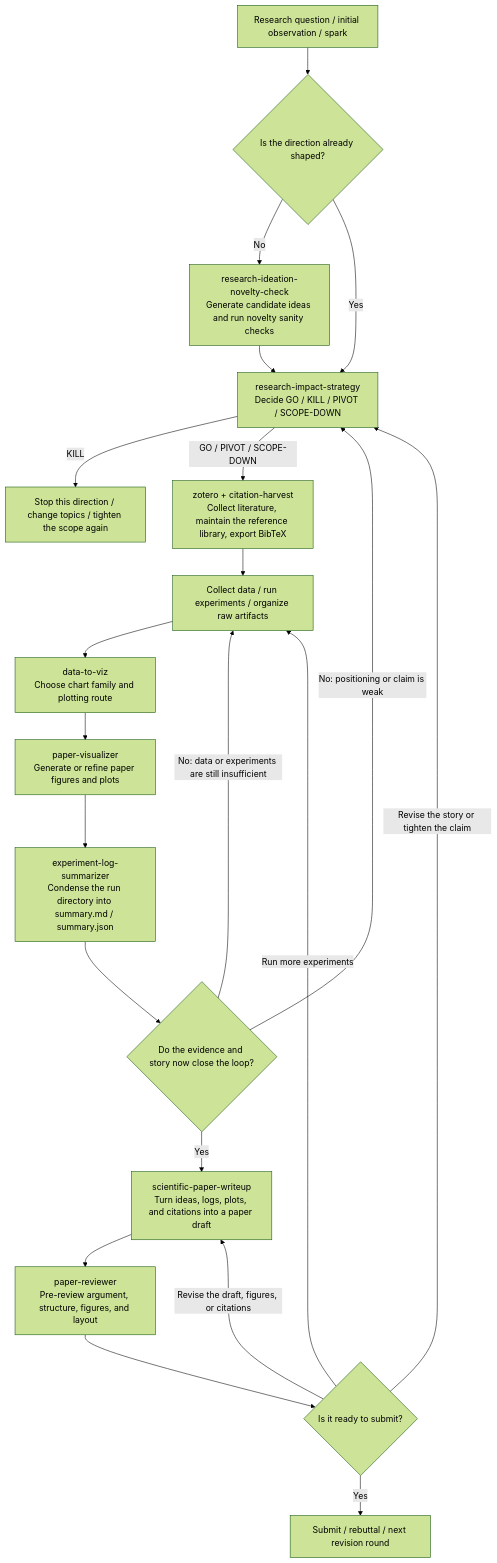
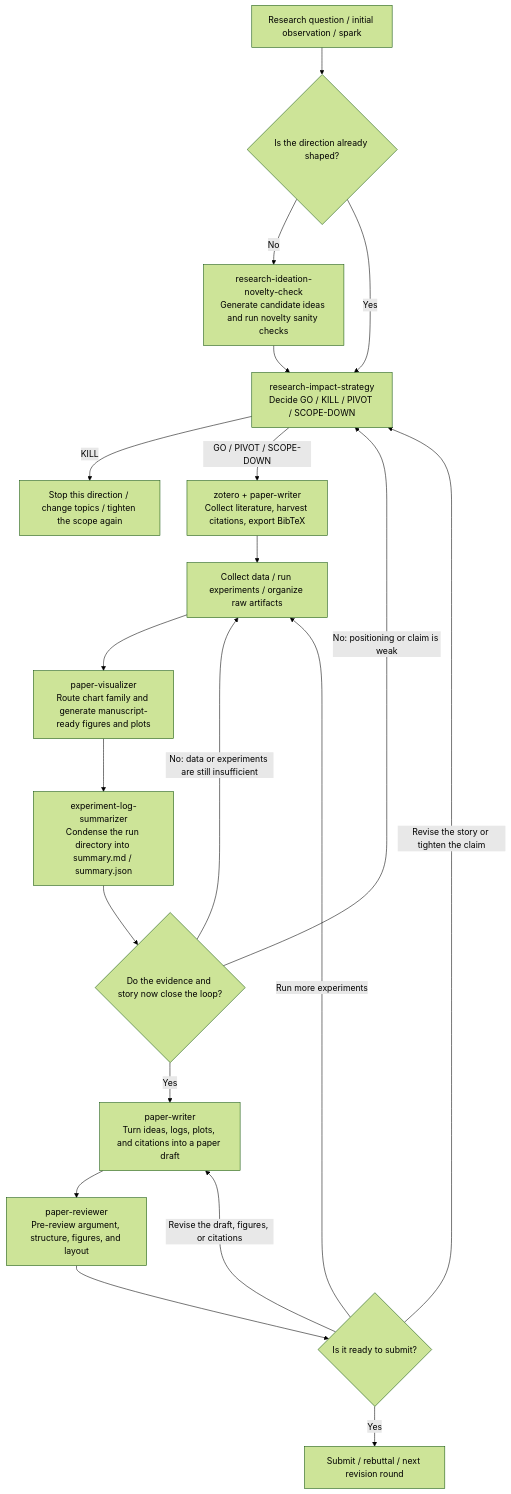
Before and after one commit to tcztzy/skills: the diagram in README.md, drawn with Mermaid (forest theme). The commit also changed other lines of this file and 87 other files, not shown here.

````diff
--- a/README.md
+++ b/README.md
@@ -20,23 +20,22 @@
 ```mermaid
 flowchart TD
     A["Research question / initial observation / spark"] --> B{"Is the direction already shaped?"}
     B -->|No| C["research-ideation-novelty-check<br/>Generate candidate ideas and run novelty sanity checks"]
     B -->|Yes| D["research-impact-strategy<br/>Decide GO / KILL / PIVOT / SCOPE-DOWN"]
     C --> D
     D -->|KILL| Z["Stop this direction / change topics / tighten the scope again"]
-    D -->|GO / PIVOT / SCOPE-DOWN| E["zotero + citation-harvest<br/>Collect literature, maintain the reference library, export BibTeX"]
+    D -->|GO / PIVOT / SCOPE-DOWN| E["zotero + paper-writer<br/>Collect literature, harvest citations, export BibTeX"]
     E --> F["Collect data / run experiments / organize raw artifacts"]
-    F --> G["data-to-viz<br/>Choose chart family and plotting route"]
-    G --> H["paper-visualizer<br/>Generate or refine paper figures and plots"]
-    H --> J["experiment-log-summarizer<br/>Condense the run directory into summary.md / summary.json"]
+    F --> G["paper-visualizer<br/>Route chart family and generate manuscript-ready figures and plots"]
+    G --> J["experiment-log-summarizer<br/>Condense the run directory into summary.md / summary.json"]
     J --> K{"Do the evidence and story now close the loop?"}
     K -->|No: positioning or claim is weak| D
     K -->|No: data or experiments are still insufficient| F
-    K -->|Yes| L["scientific-paper-writeup<br/>Turn ideas, logs, plots, and citations into a paper draft"]
+    K -->|Yes| L["paper-writer<br/>Turn ideas, logs, plots, and citations into a paper draft"]
     L --> M["paper-reviewer<br/>Pre-review argument, structure, figures, and layout"]
     M --> N{"Is it ready to submit?"}
     N -->|Run more experiments| F
     N -->|Revise the story or tighten the claim| D
     N -->|Revise the draft, figures, or citations| L
     N -->|Yes| O["Submit / rebuttal / next revision round"]
 ```
````
